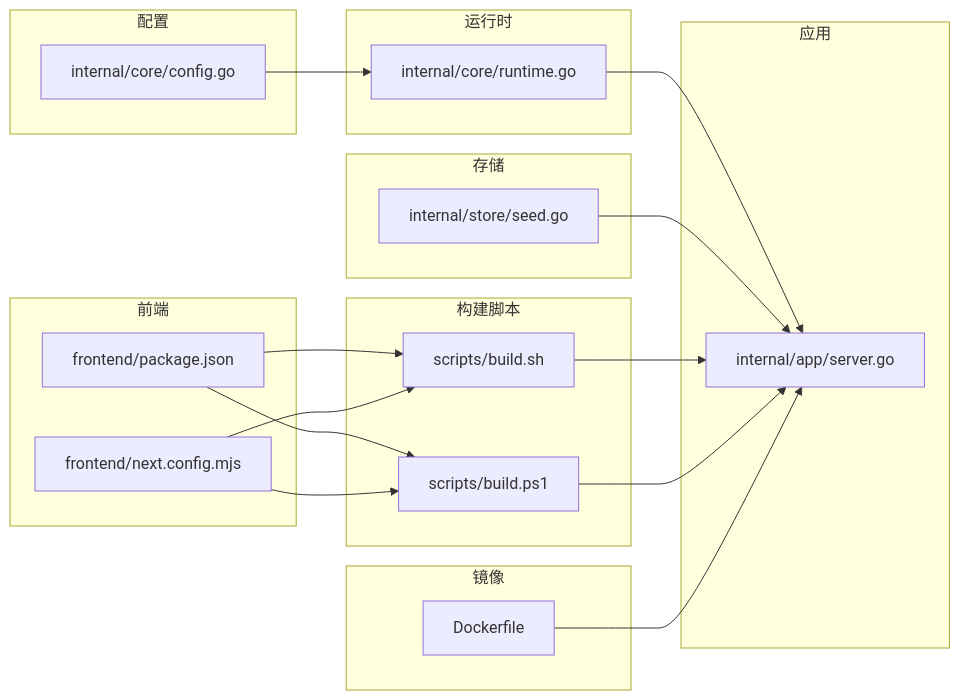
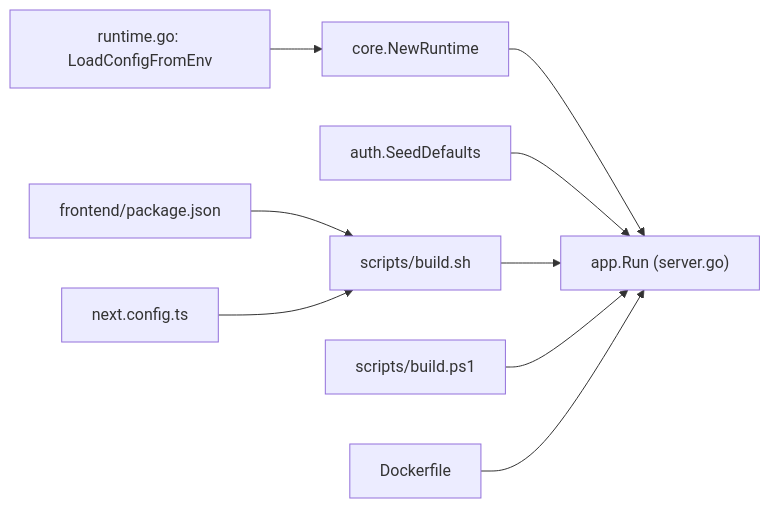
One commit to x01n/My-OpenWaf changed the fourth of 4 diagrams in docs/项目概述/快速开始.md. Above: the diagram before and after it, drawn with Mermaid. The commit also changed other lines of this file and 622 other files, not shown here.

````diff
--- a/docs/项目概述/快速开始.md
+++ b/docs/项目概述/快速开始.md
@@ -317,36 +291,11 @@
 ```mermaid
 graph LR
-subgraph "配置"
-CFG["internal/core/config.go"]
-end
-subgraph "运行时"
-RT["internal/core/runtime.go"]
-end
-subgraph "应用"
-APP["internal/app/server.go"]
-end
-subgraph "存储"
-SEED["internal/store/seed.go"]
-end
-subgraph "前端"
-FE_PKG["frontend/package.json"]
-FE_CFG["frontend/next.config.mjs"]
-end
-subgraph "构建脚本"
-SH["scripts/build.sh"]
-PS["scripts/build.ps1"]
-end
-subgraph "镜像"
-DK["Dockerfile"]
-end
-CFG --> RT
-RT --> APP
-SEED --> APP
-FE_PKG --> SH
-FE_CFG --> SH
-FE_PKG --> PS
-FE_CFG --> PS
+CFG["runtime.go: LoadConfigFromEnv"] --> RT["core.NewRuntime"]
+RT --> APP["app.Run (server.go)"]
+SEED["auth.SeedDefaults"] --> APP
+PKG["frontend/package.json"] --> SH["scripts/build.sh"]
+NCFG["next.config.ts"] --> SH
 SH --> APP
-PS --> APP
-DK --> APP
+PS["scripts/build.ps1"] --> APP
+DK["Dockerfile"] --> APP
 ```
````
